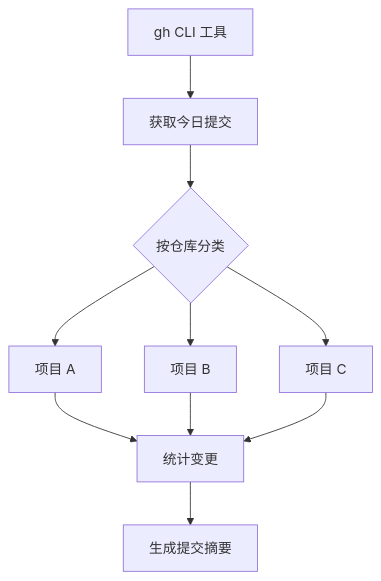
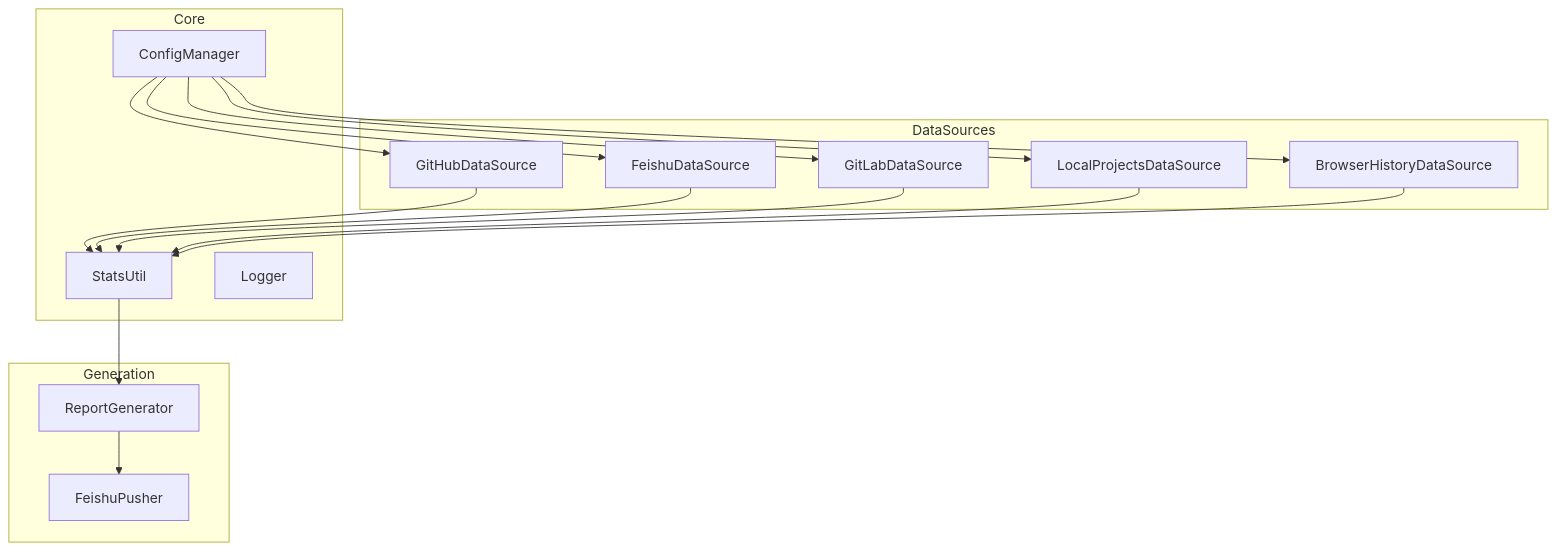
One commit to lizuyi-6/daily-work-summary changed the second of 2 diagrams in README.md. Above: the diagram before and after it, drawn with Mermaid. The commit also changed other lines of this file, not shown here.

````diff
--- a/README.md
+++ b/README.md
@@ -163,12 +114,36 @@
 ```mermaid
-flowchart TB
-    A[gh CLI 工具] --> B[获取今日提交]
-    B --> C{按仓库分类}
-    C --> D[项目 A]
-    C --> E[项目 B]
-    C --> F[项目 C]
-    D --> G[统计变更]
-    E --> G
-    F --> G
-    G --> H[生成提交摘要]
+graph TB
+    subgraph DataSources
+        GH[GitHubDataSource]
+        FC[FeishuDataSource]
+        GL[GitLabDataSource]
+        LP[LocalProjectsDataSource]
+        BH[BrowserHistoryDataSource]
+    end
+    
+    subgraph Core
+        CM[ConfigManager]
+        SU[StatsUtil]
+        LG[Logger]
+    end
+    
+    subgraph Generation
+        RG[ReportGenerator]
+        FP[FeishuPusher]
+    end
+    
+    CM --> GH
+    CM --> FC
+    CM --> GL
+    CM --> LP
+    CM --> BH
+    
+    GH --> SU
+    FC --> SU
+    GL --> SU
+    LP --> SU
+    BH --> SU
+    
+    SU --> RG
+    RG --> FP
 ```
````
